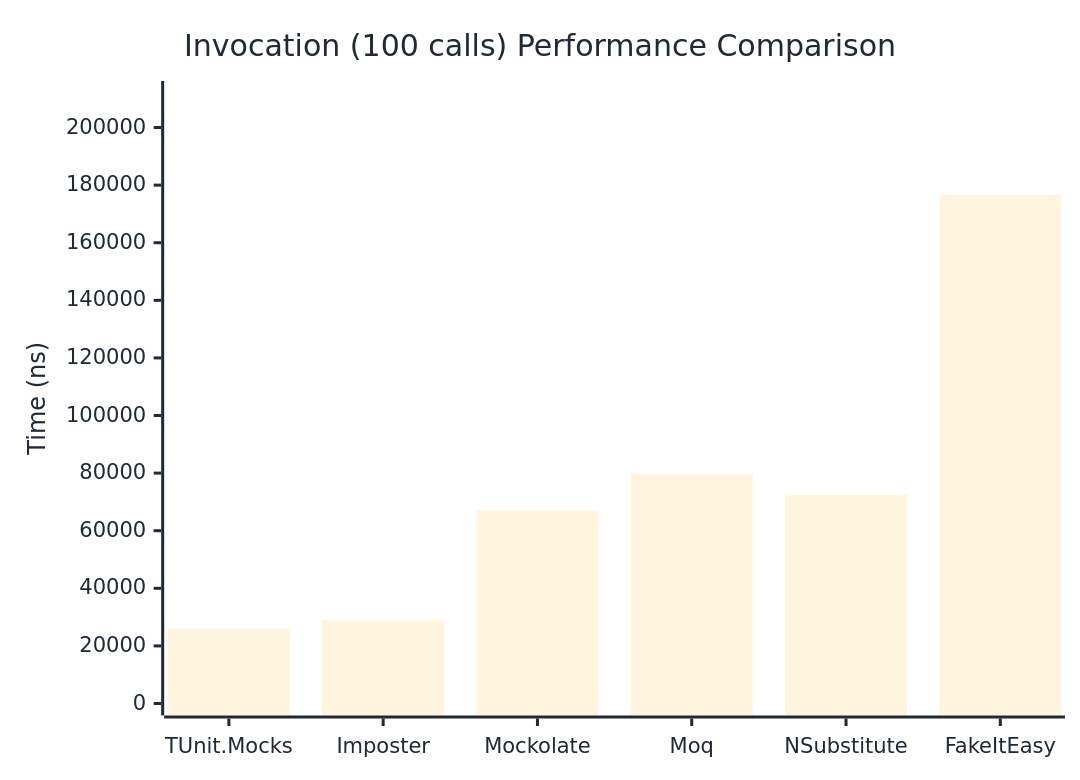
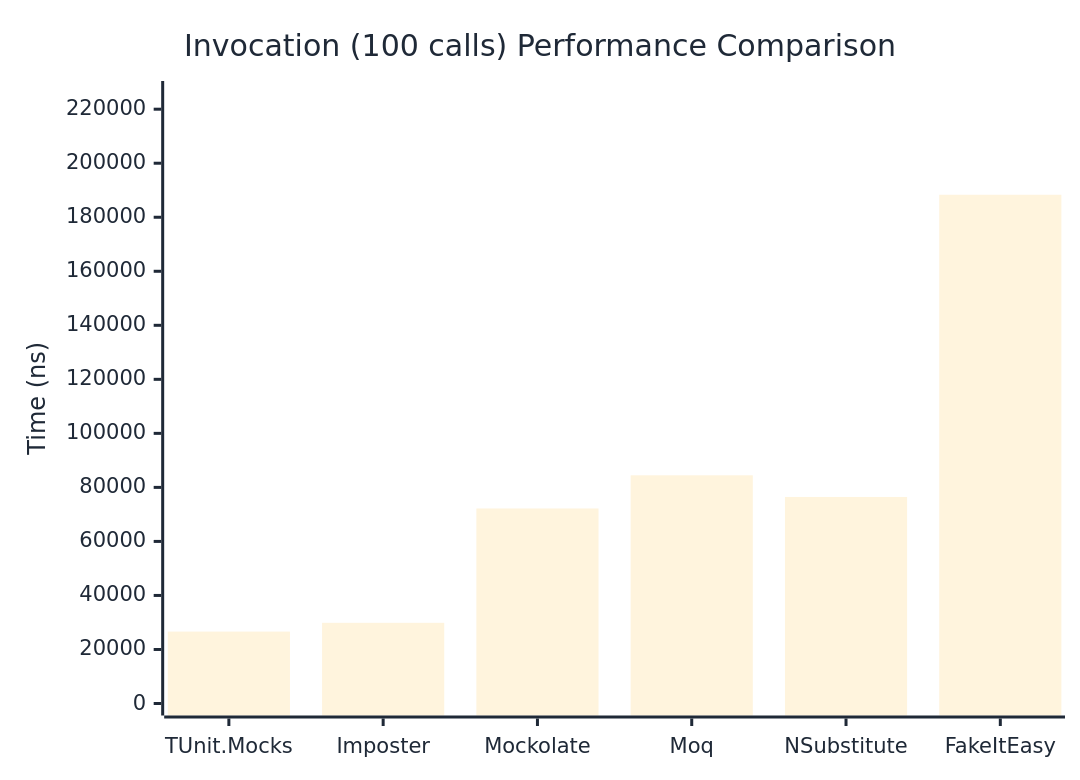
The third of 3 diagrams in docs/docs/benchmarks/mocks/Invocation.md (thomhurst/TUnit), drawn with Mermaid before and after one commit. The commit also changed other lines of this file and 14 other files, not shown here.

````diff
--- a/docs/docs/benchmarks/mocks/Invocation.md
+++ b/docs/docs/benchmarks/mocks/Invocation.md
@@ -110,27 +110,27 @@
 ```mermaid
 %%{init: {
   'theme':'base',
   'themeVariables': {
     'primaryColor': '#2563eb',
     'primaryTextColor': '#1f2937',
     'primaryBorderColor': '#1e40af',
     'lineColor': '#6b7280',
     'secondaryColor': '#7c3aed',
     'tertiaryColor': '#dc2626',
     'background': '#ffffff',
     'pie1': '#2563eb',
     'pie2': '#7c3aed',
     'pie3': '#dc2626',
     'pie4': '#f59e0b',
     'pie5': '#10b981',
     'pie6': '#06b6d4',
     'pie7': '#ec4899',
     'pie8': '#6366f1'
   }
 }}%%
 xychart-beta
   title "Invocation (100 calls) Performance Comparison"
   x-axis ["TUnit.Mocks", "Imposter", "Mockolate", "Moq", "NSubstitute", "FakeItEasy"]
-  y-axis "Time (ns)" 0 --> 211992
-  bar [26052.4, 28886.9, 67035.7, 79757, 72447.8, 176659.2]
+  y-axis "Time (ns)" 0 --> 225996
+  bar [26621.9, 29872.4, 72191.1, 84474.3, 76453.2, 188329.9]
 ```
````
